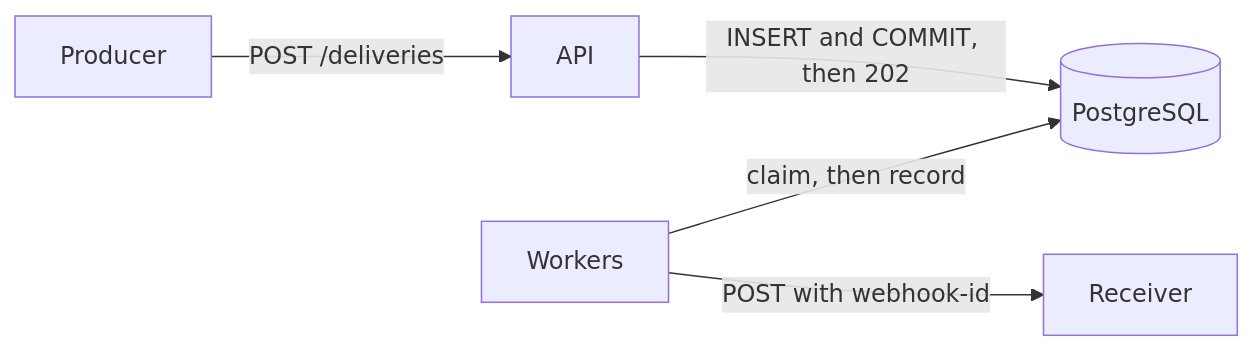
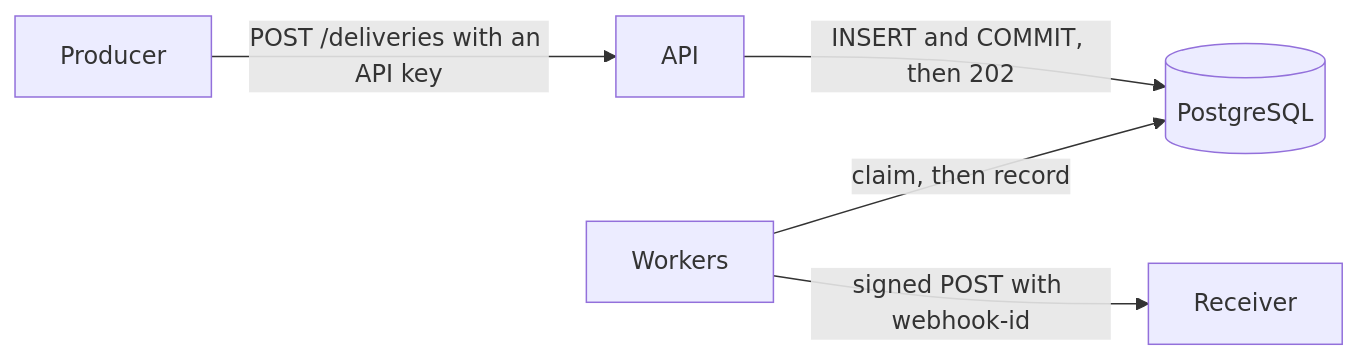
The diagram in README.md (DucAnhLe1992/webhook-delivery-service), drawn with Mermaid before and after one commit. The commit also changed other lines of this file and 29 other files, not shown here.

````diff
--- a/README.md
+++ b/README.md
@@ -39,7 +49,7 @@
 ```mermaid
 flowchart LR
-    P[Producer] -->|"POST /deliveries"| API[API]
+    P[Producer] -->|"POST /deliveries with an API key"| API[API]
     API -->|"INSERT and COMMIT, then 202"| DB[(PostgreSQL)]
     W[Workers] -->|"claim, then record"| DB
-    W -->|"POST with webhook-id"| R[Receiver]
+    W -->|"signed POST with webhook-id"| R[Receiver]
 ```
````
